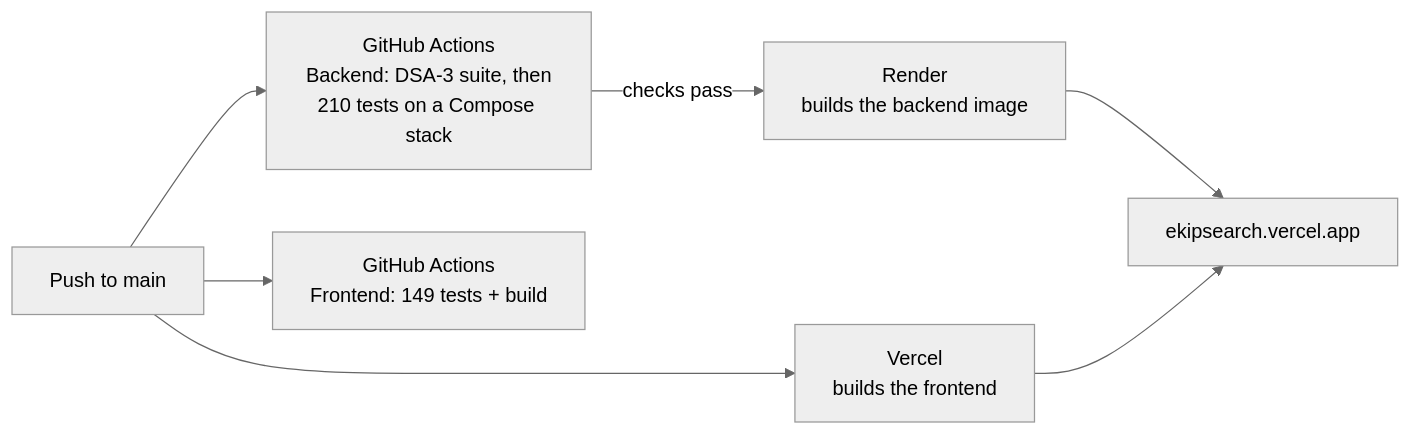
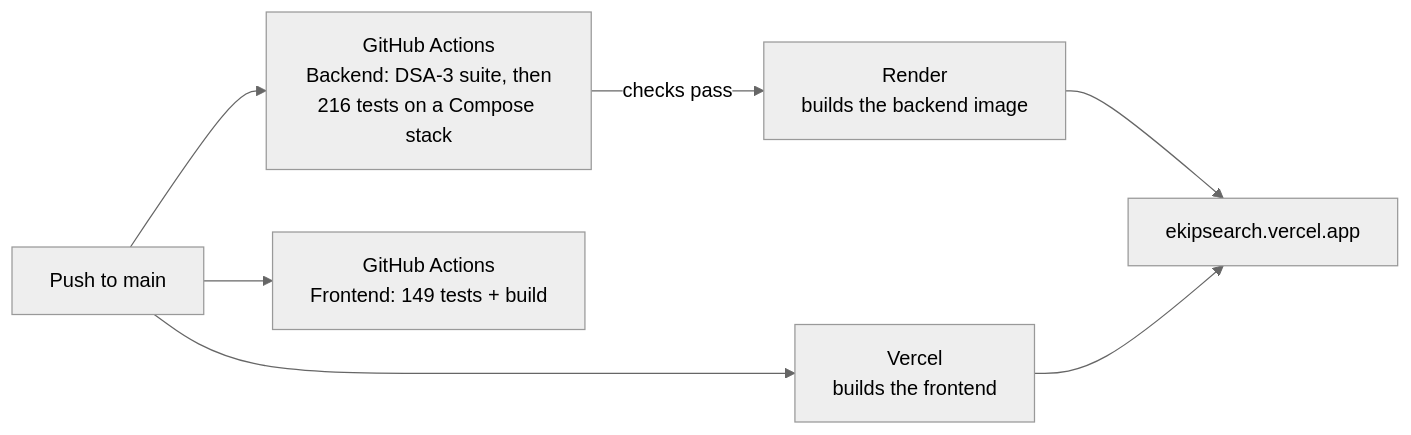
The seventh of 7 diagrams in docs/PROJECT_OVERVIEW.md (SathyaMaragani/Enterprise-Knowledge-Intelligence-Platform), drawn with Mermaid (neutral theme) before and after one commit. The commit also changed other lines of this file and 15 other files, not shown here.

````diff
--- a/docs/PROJECT_OVERVIEW.md
+++ b/docs/PROJECT_OVERVIEW.md
@@ -357,9 +357,9 @@
 ```mermaid
 flowchart LR
-    GH[Push to main] --> CI1[GitHub Actions<br/>Backend: DSA-3 suite, then<br/>210 tests on a Compose stack]
+    GH[Push to main] --> CI1[GitHub Actions<br/>Backend: DSA-3 suite, then<br/>216 tests on a Compose stack]
     GH --> CI2[GitHub Actions<br/>Frontend: 149 tests + build]
     CI1 -->|checks pass| RD[Render<br/>builds the backend image]
     GH --> VC[Vercel<br/>builds the frontend]
     RD --> LIVE[ekipsearch.vercel.app]
     VC --> LIVE
 ```
````
